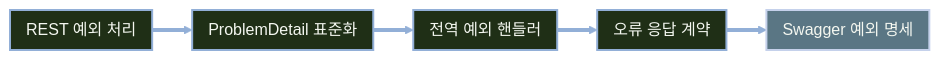
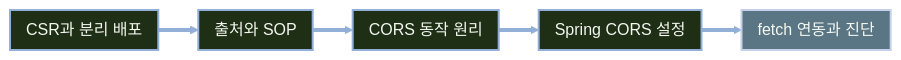
The first of 3 diagrams in slides.md (qus0in/slide-maker), drawn with Mermaid before and after one commit. The commit also changed other lines of this file, not shown here.

Commit message:
refactor(slides) : CSR 연동 및 CORS 교안 슬라이드 표현 및 제목 개선

````diff
--- a/slides.md
+++ b/slides.md
@@ -91,24 +91,24 @@
 ```mermaid
 ---
 config:
   themeVariables:
     lineColor: "#92AFD7"
     arrowheadColor: "#92AFD7"
     edgeLabelBackground: "#1F2F16"
   flowchart:
     padding: 8
     nodeSpacing: 40
     rankSpacing: 40
 ---
 flowchart LR
-  A["REST 예외 처리"] --> B["ProblemDetail 표준화"]
-  B --> C["전역 예외 핸들러"]
-  C --> D["오류 응답 계약"]
-  D --> E["Swagger 예외 명세"]
+  A["CSR과 분리 배포"] --> B["출처와 SOP"]
+  B --> C["CORS 동작 원리"]
+  C --> D["Spring CORS 설정"]
+  D --> E["fetch 연동과 진단"]
 
   class A,B,C,D step
   class E result
   classDef step fill:#1F2F16,stroke:#92AFD7,color:#F4F7F0,stroke-width:2px
   classDef result fill:#5A7684,stroke:#C5D1EB,color:#F4F7F0,stroke-width:2px
   linkStyle default stroke:#92AFD7,stroke-width:4px
 ```
````
